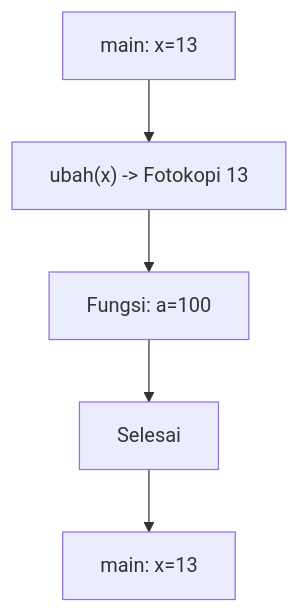
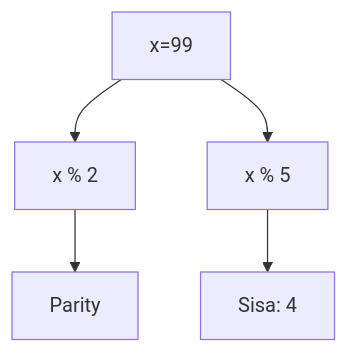
Before and after one commit to amnahwaida/OSNK_INF_PREP: diagram 16 of 25 in part-c-pemahaman-cpp/04-fungsi/latihan/set-10.md, drawn with Mermaid. The commit also changed other lines of this file and 71 other files, not shown here.

````diff
--- a/part-c-pemahaman-cpp/04-fungsi/latihan/set-10.md
+++ b/part-c-pemahaman-cpp/04-fungsi/latihan/set-10.md
@@ -461,7 +476,7 @@
 ```mermaid
 graph TD
-    A[main: x=13] --> B["ubah(x) -> Fotokopi 13"]
-    B --> C[Fungsi: a=100]
-    C --> D[Selesai]
-    D --> E[main: x=13]
+A[x=99] --> B[x % 2]
+B --> C[Parity]
+A --> D[x % 5]
+D --> E[Sisa: 4]
 ```
````
